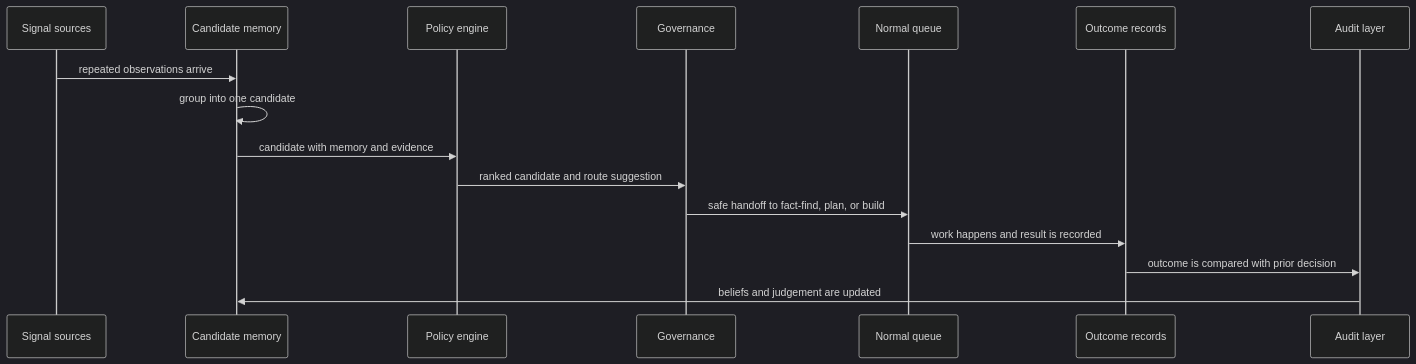
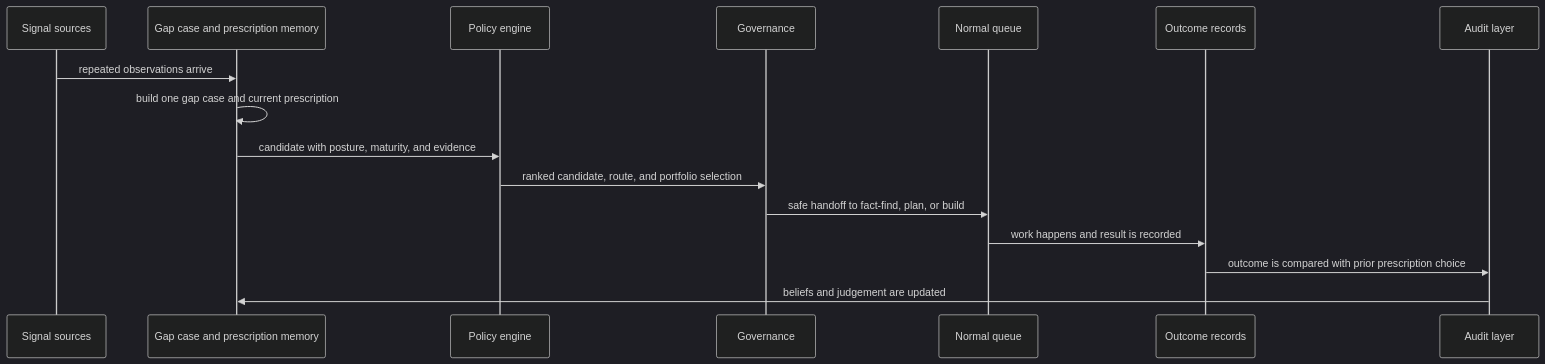
One commit to PeterCowling/base-shop changed the second of 3 diagrams in docs/business-os/startup-loop-workflow.user.md. Above: the diagram before and after it, drawn with Mermaid (dark theme). The commit also changed other lines of this file and 1 other file, not shown here.

````diff
--- a/docs/business-os/startup-loop-workflow.user.md
+++ b/docs/business-os/startup-loop-workflow.user.md
@@ -326,19 +412,19 @@
 ```mermaid
 sequenceDiagram
     participant S as Signal sources
-    participant C as Candidate memory
+    participant C as Gap case and prescription memory
     participant P as Policy engine
     participant G as Governance
     participant Q as Normal queue
     participant O as Outcome records
     participant A as Audit layer
 
     S->>C: repeated observations arrive
-    C->>C: group into one candidate
-    C->>P: candidate with memory and evidence
-    P->>G: ranked candidate and route suggestion
+    C->>C: build one gap case and current prescription
+    C->>P: candidate with posture, maturity, and evidence
+    P->>G: ranked candidate, route, and portfolio selection
     G->>Q: safe handoff to fact-find, plan, or build
     Q->>O: work happens and result is recorded
-    O->>A: outcome is compared with prior decision
+    O->>A: outcome is compared with prior prescription choice
     A->>C: beliefs and judgement are updated
 ```
````
